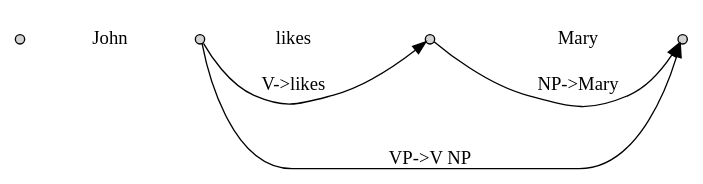
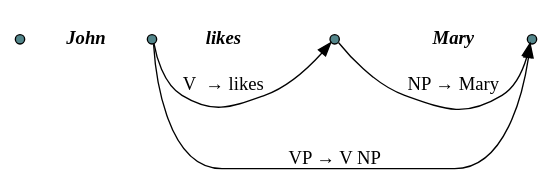
One commit to nltk/nltk_book changed the diagram in images/chart_intro_prodedge.dot. Above: the diagram before and after it, drawn with Graphviz. The commit also changed 29 other files, not shown here.

First line of the commit message:
added HTML entities and LucidaGrande

```diff
--- a/images/chart_intro_prodedge.dot
+++ b/images/chart_intro_prodedge.dot
@@ -1,27 +1,29 @@
 digraph x {
    rankdir=LR;
-   
+   ranksep=0.25;
+
    /* The nodes */
    {
-       node [style=filled,height=0.1,width=0.1];
+       node [style=filled,height=0.1,width=0.1,fillcolor=cadetblue4];
        0 [label=""];
        1 [label=""];
        2 [label=""];
        3 [label=""];
    }
 
    /* The sentence */
    {
        edge [style=invis, weight=100];
-       node [shape=plaintext];
+       node [shape=plaintext,fontname="Times-BoldItalic"];
        0->John->1->likes->2->Mary->3;
    }
    
    /* Edges */
    {
-       1->3 [label="VP->V NP"];
-       1->2 [label="V->likes"];
-       2->3 [label="NP->Mary"];
+       edge [fontname=LucidaGrande];
+       1->3 [label="VP &rarr; V NP"];
+       1->2 [label="V  &rarr; likes"];
+       2->3 [label="NP &rarr; Mary"];
    }
 
 }
```
